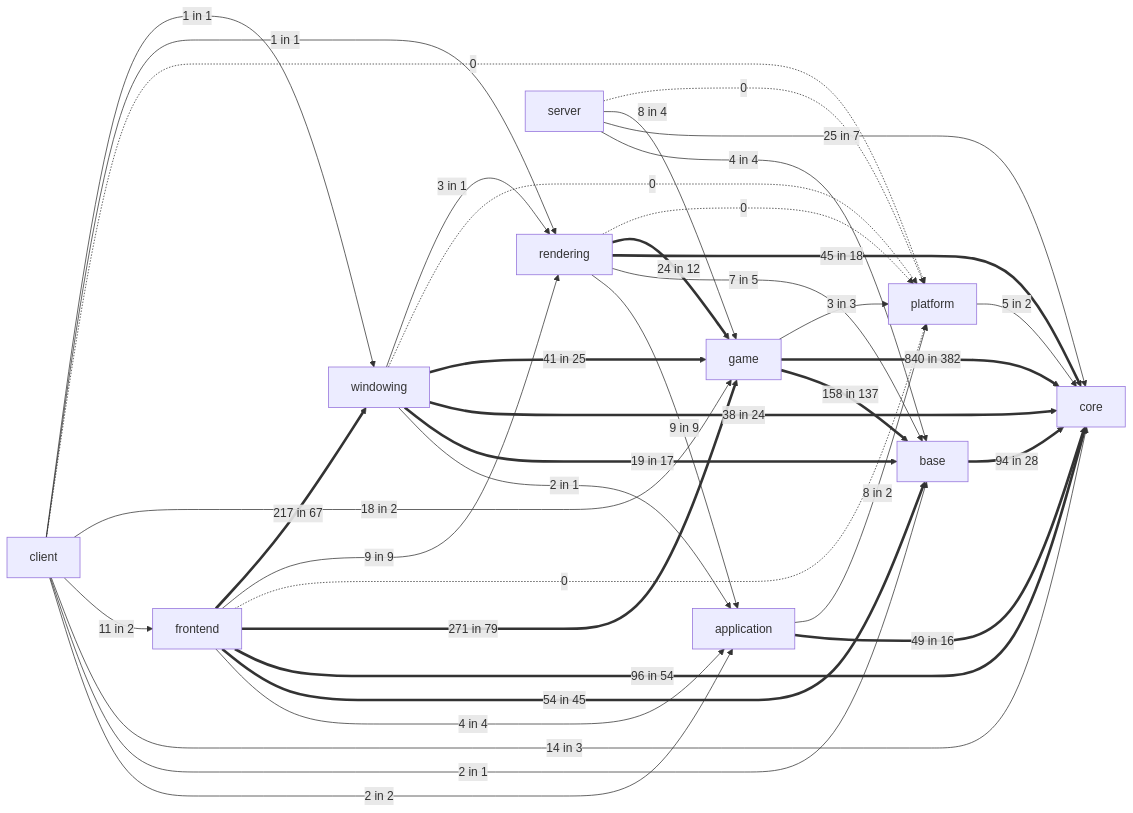
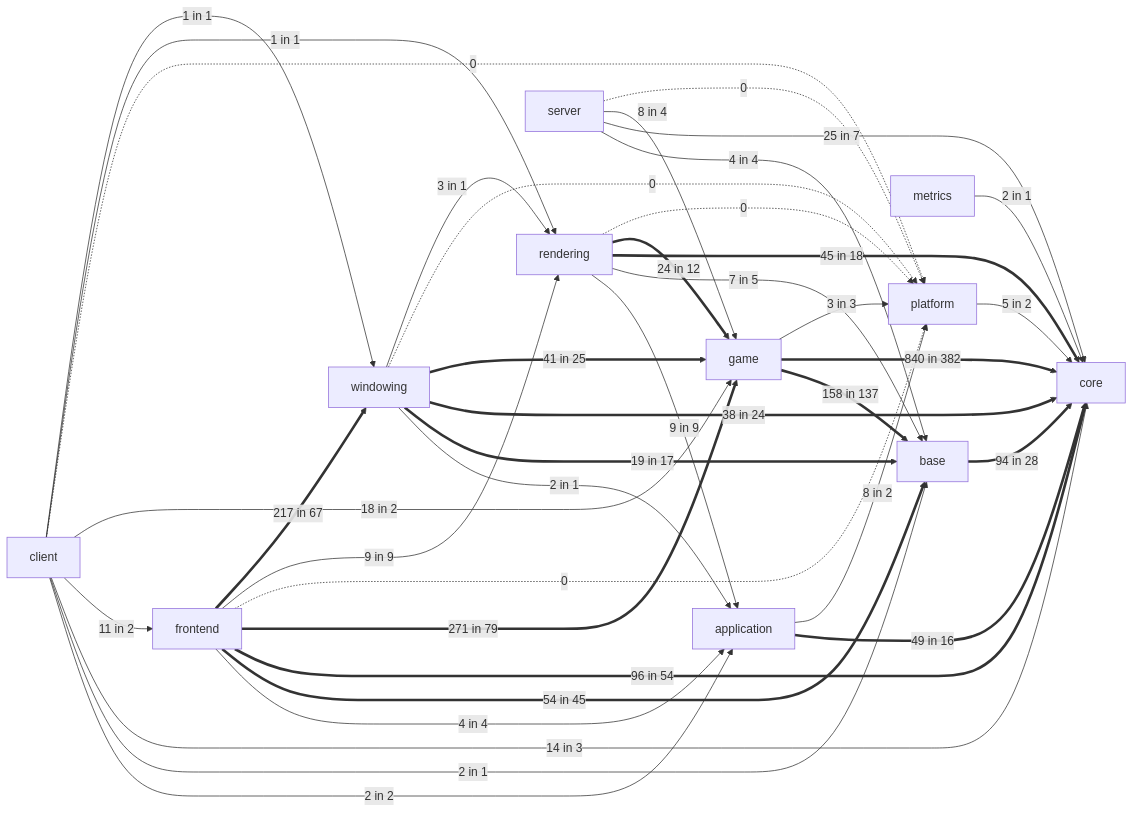
One commit to apnex/OpenStarbound changed the fifth of 11 diagrams in docs/architecture/system-boundaries.md. Above: the diagram before and after it, drawn with Mermaid. The commit also changed other lines of this file and 6 other files, not shown here.

````diff
--- a/docs/architecture/system-boundaries.md
+++ b/docs/architecture/system-boundaries.md
@@ -394,40 +397,41 @@
 ```mermaid
 flowchart LR
   base ==>|94 in 28| core
+  metrics -->|2 in 1| core
   platform -->|5 in 2| core
   application ==>|49 in 16| core
   application -->|8 in 2| platform
   game ==>|158 in 137| base
   game ==>|840 in 382| core
   game -->|3 in 3| platform
   rendering -->|9 in 9| application
   rendering -->|7 in 5| base
   rendering ==>|45 in 18| core
   rendering ==>|24 in 12| game
   rendering -.->|0| platform
   windowing -->|2 in 1| application
   windowing ==>|19 in 17| base
   windowing ==>|38 in 24| core
   windowing ==>|41 in 25| game
   windowing -.->|0| platform
   windowing -->|3 in 1| rendering
   frontend -->|4 in 4| application
   frontend ==>|54 in 45| base
   frontend ==>|96 in 54| core
   frontend ==>|271 in 79| game
   frontend -.->|0| platform
   frontend -->|9 in 9| rendering
   frontend ==>|217 in 67| windowing
   client -->|2 in 2| application
   client -->|2 in 1| base
   client -->|14 in 3| core
   client -->|11 in 2| frontend
   client -->|18 in 2| game
   client -.->|0| platform
   client -->|1 in 1| rendering
   client -->|1 in 1| windowing
   server -->|4 in 4| base
   server -->|25 in 7| core
   server -->|8 in 4| game
   server -.->|0| platform
 ```
````
